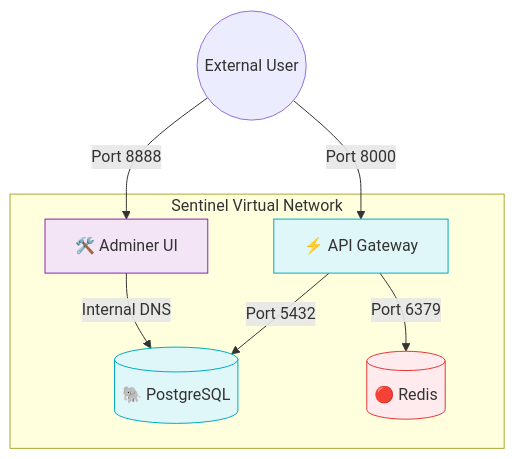
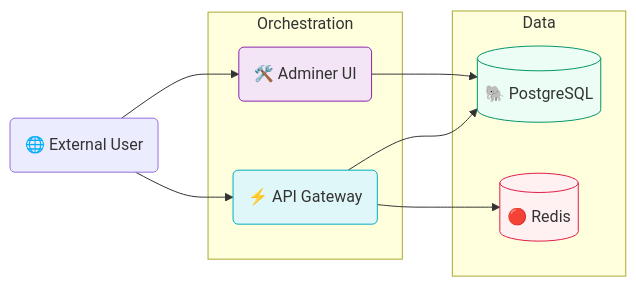
Before and after one commit to charan21042005/cloud-sentinel-platform: the diagram in infrastructure/docker/README.md, drawn with Mermaid. The commit also changed other lines of this file and 2 other files, not shown here.

Commit message:
solved mermaid issues

````diff
--- a/infrastructure/docker/README.md
+++ b/infrastructure/docker/README.md
@@ -22,21 +22,26 @@
 ```mermaid
-graph TD
-    subgraph "Sentinel Virtual Network"
-        API[⚡ API Gateway]
-        DB[(🐘 PostgreSQL)]
-        Cache[(🔴 Redis)]
-        Admin[🛠️ Adminer UI]
+graph LR
+    User("🌐 External User")
+    
+    subgraph "Orchestration"
+        API("⚡ API Gateway")
+        Admin("🛠️ Adminer UI")
     end
     
-    User((External User)) -->|Port 8000| API
-    User -->|Port 8888| Admin
+    subgraph "Data"
+        DB[("🐘 PostgreSQL")]
+        Cache[("🔴 Redis")]
+    end
     
-    API -->|Port 5432| DB
-    API -->|Port 6379| Cache
-    Admin -->|Internal DNS| DB
+    User --> API
+    User --> Admin
     
+    API --> DB
+    API --> Cache
+    Admin --> DB
+
     style API fill:#e0f7fa,stroke:#00acc1
-    style DB fill:#e0f7fa,stroke:#00acc1
-    style Cache fill:#ffebee,stroke:#e53935
+    style DB fill:#ecfdf5,stroke:#059669
+    style Cache fill:#fff1f2,stroke:#e11d48
     style Admin fill:#f3e5f5,stroke:#8e24aa
 ```
````
